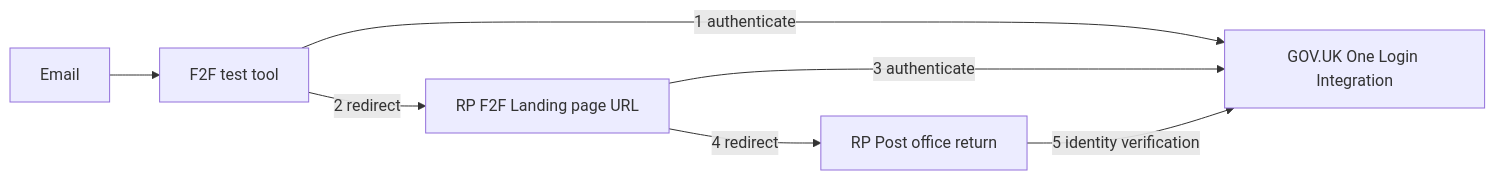
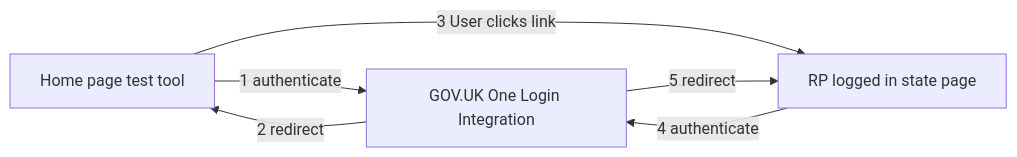
One commit to govuk-one-login/onboarding-examples changed the first of 2 diagrams in tools/home-test/README.md. Above: the diagram before and after it, drawn with Mermaid.

Commit message:
Updated mermaid diagram

````diff
--- a/tools/home-test/README.md
+++ b/tools/home-test/README.md
@@ -7,11 +7,13 @@
 ```mermaid
 
 flowchart LR
-    A[Email] --> B[F2F test tool]
-    B --> | 1 authenticate | C[GOV.UK One Login Integration]
-    B --> | 2 redirect | D[RP F2F Landing page URL]
-    D --> | 3 authenticate | C
-    D --> | 4 redirect | E[ RP Post office return]
-    E --> | 5 identity verification | C
+    H[Home page test tool]
+    O[GOV.UK One Login Integration]
+    L[RP logged in state page]
+    H --> | 1 authenticate | O
+    O --> | 2 redirect | H
+    H --> | 3 User clicks link | L
+    L --> | 4 authenticate | O
+    O --> | 5 redirect | L
 
 ```
````
